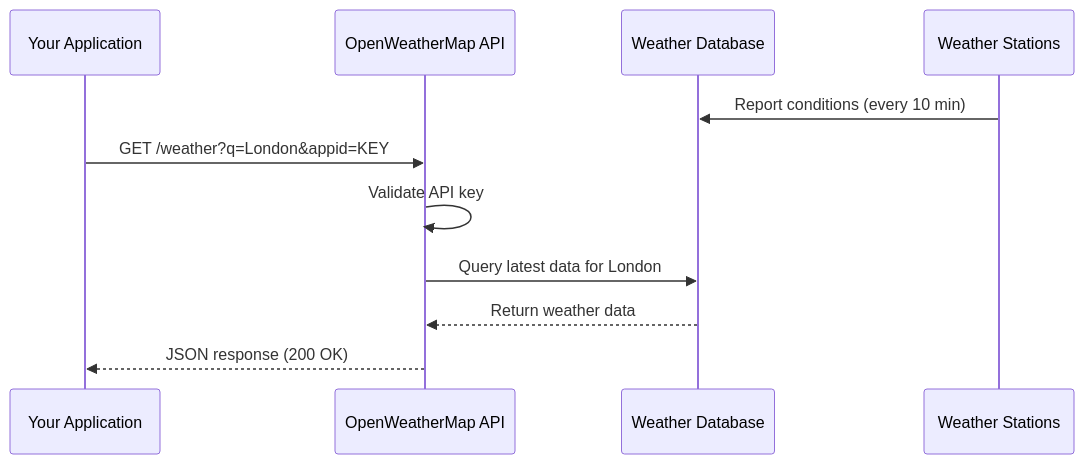
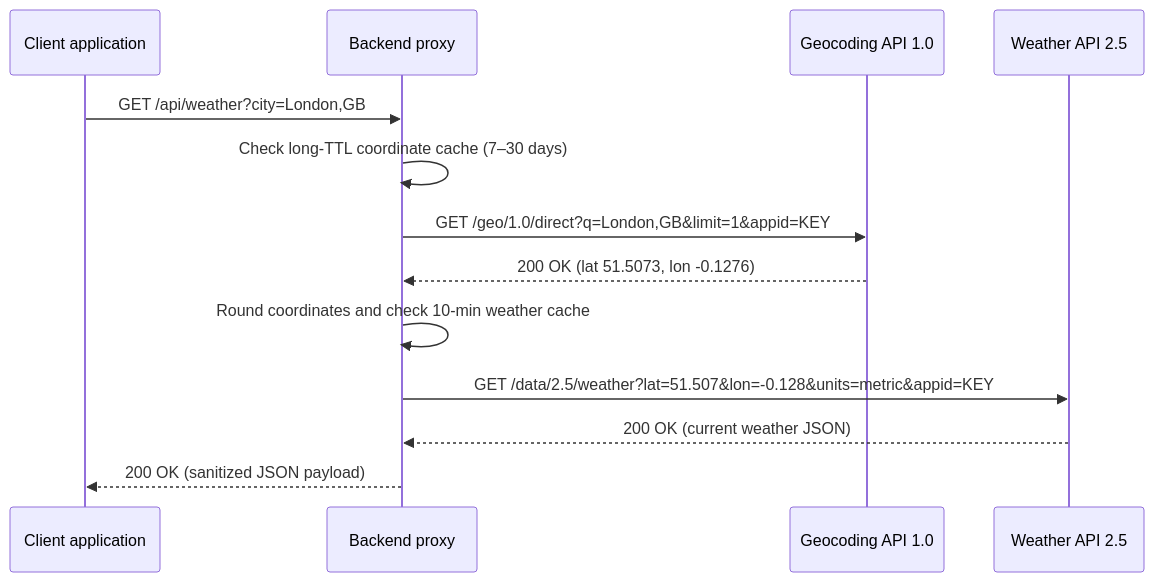
One commit to MichelGSS/openweather-docs changed the second of 3 diagrams in docs/concepts/architecture.md. Above: the diagram before and after it, drawn with Mermaid. The commit also changed other lines of this file and 53 other files, not shown here.

````diff
--- a/docs/concepts/architecture.md
+++ b/docs/concepts/architecture.md
@@ -12,14 +35,16 @@
 ```mermaid
 sequenceDiagram
-    participant App as Your Application
-    participant API as OpenWeatherMap API
-    participant DB as Weather Database
-    participant WS as Weather Stations
+    participant Client as Client application
+    participant Proxy as Backend proxy
+    participant Geo as Geocoding API 1.0
+    participant Weather as Weather API 2.5
 
-    WS->>DB: Report conditions (every 10 min)
-    App->>API: GET /weather?q=London&appid=KEY
-    API->>API: Validate API key
-    API->>DB: Query latest data for London
-    DB-->>API: Return weather data
-    API-->>App: JSON response (200 OK)
+    Client->>Proxy: GET /api/weather?city=London,GB
+    Proxy->>Proxy: Check long-TTL coordinate cache (7–30 days)
+    Proxy->>Geo: GET /geo/1.0/direct?q=London,GB&limit=1&appid=KEY
+    Geo-->>Proxy: 200 OK (lat 51.5073, lon -0.1276)
+    Proxy->>Proxy: Round coordinates and check 10-min weather cache
+    Proxy->>Weather: GET /data/2.5/weather?lat=51.507&lon=-0.128&units=metric&appid=KEY
+    Weather-->>Proxy: 200 OK (current weather JSON)
+    Proxy-->>Client: 200 OK (sanitized JSON payload)
 ```
````
